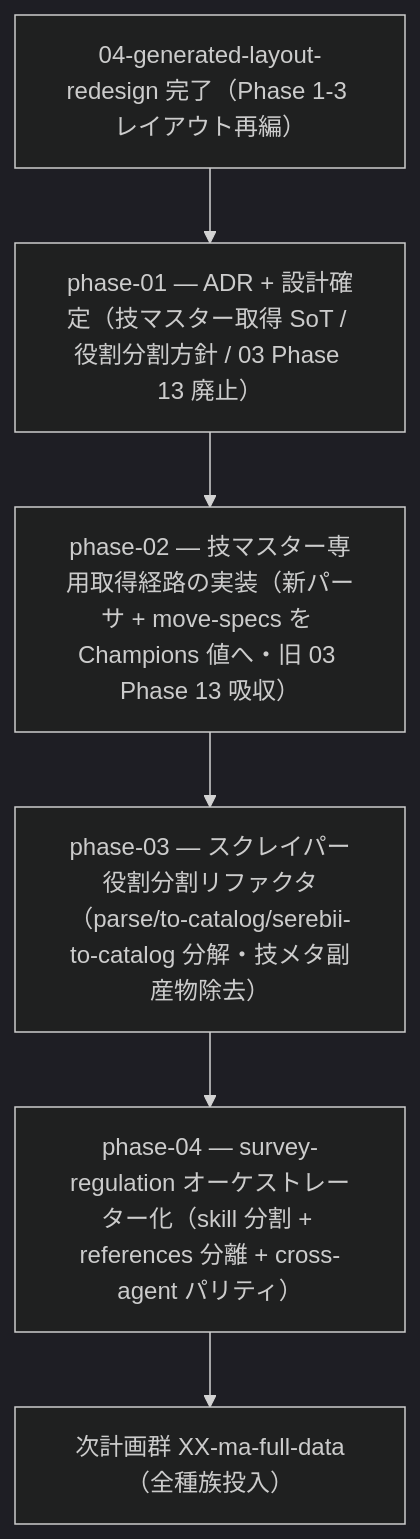
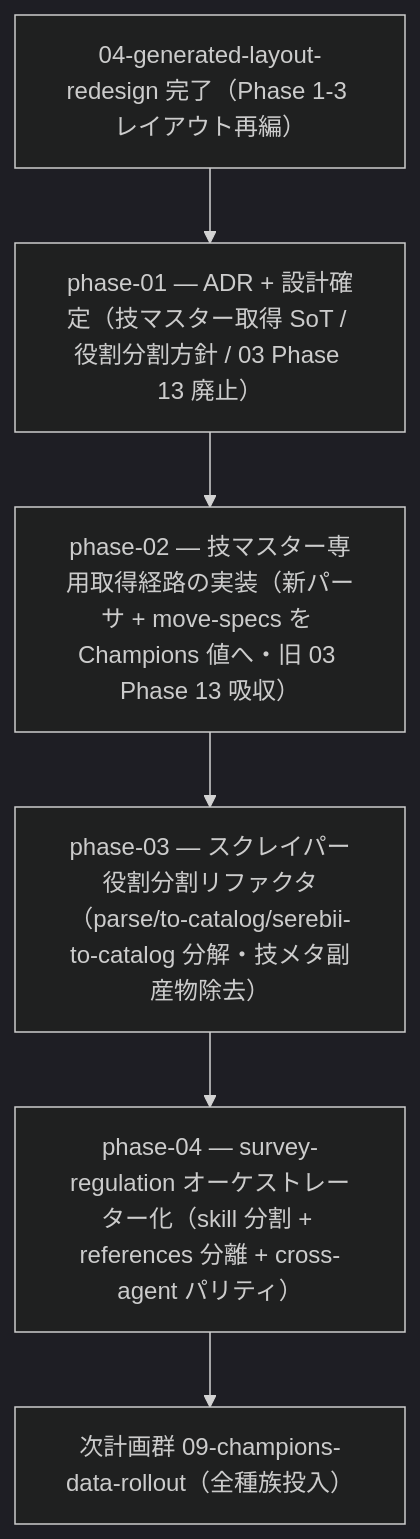
The diagram in docs/roadmap/completed/05-move-master-scraper-refactor/README.md (subroh0508/pokeform), drawn with Mermaid (dark theme) before and after one commit. The commit also changed other lines of this file and 32 other files, not shown here.

First line of the commit message:
docs(roadmap): 全種族投入計画を再スコープ + XX→09 採番確定

````diff
--- a/docs/roadmap/completed/05-move-master-scraper-refactor/README.md
+++ b/docs/roadmap/completed/05-move-master-scraper-refactor/README.md
@@ -17,8 +17,8 @@
 ```mermaid
 flowchart TD
     P04[04-generated-layout-redesign 完了（Phase 1-3 レイアウト再編）] --> P1[phase-01 — ADR + 設計確定（技マスター取得 SoT / 役割分割方針 / 03 Phase 13 廃止）]
     P1 --> P2[phase-02 — 技マスター専用取得経路の実装（新パーサ + move-specs を Champions 値へ・旧 03 Phase 13 吸収）]
     P2 --> P3[phase-03 — スクレイパー役割分割リファクタ（parse/to-catalog/serebii-to-catalog 分解・技メタ副産物除去）]
     P3 --> P4[phase-04 — survey-regulation オーケストレーター化（skill 分割 + references 分離 + cross-agent パリティ）]
-    P4 --> P06[次計画群 XX-ma-full-data（全種族投入）]
+    P4 --> P06[次計画群 09-champions-data-rollout（全種族投入）]
 ```
````
